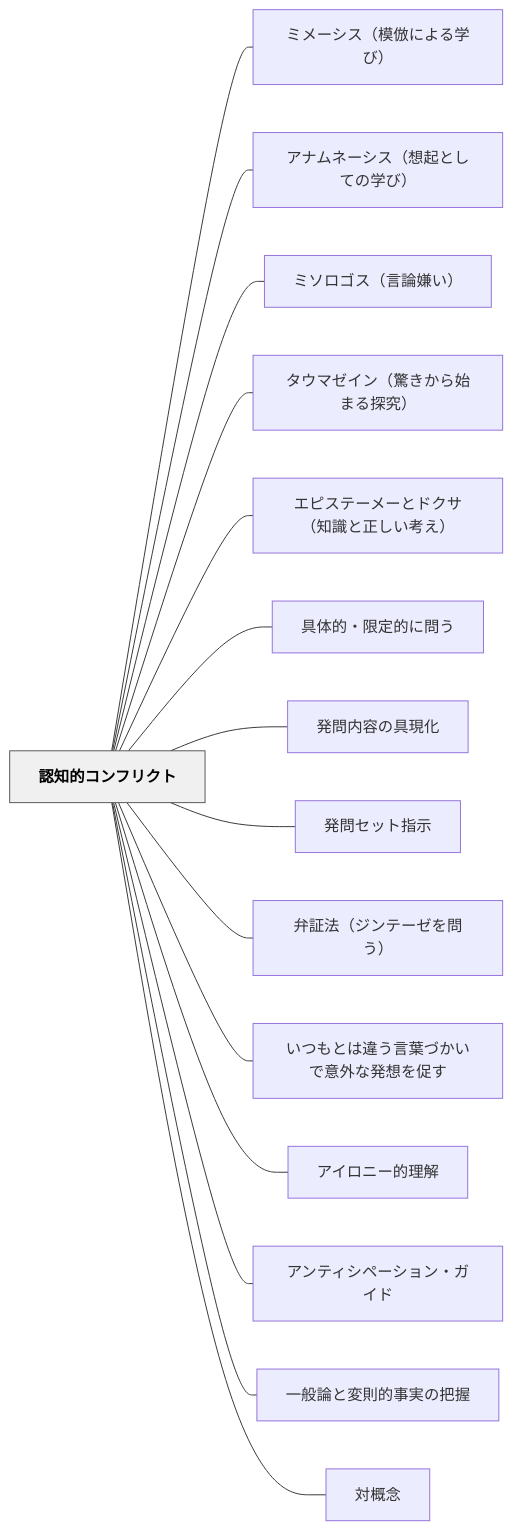
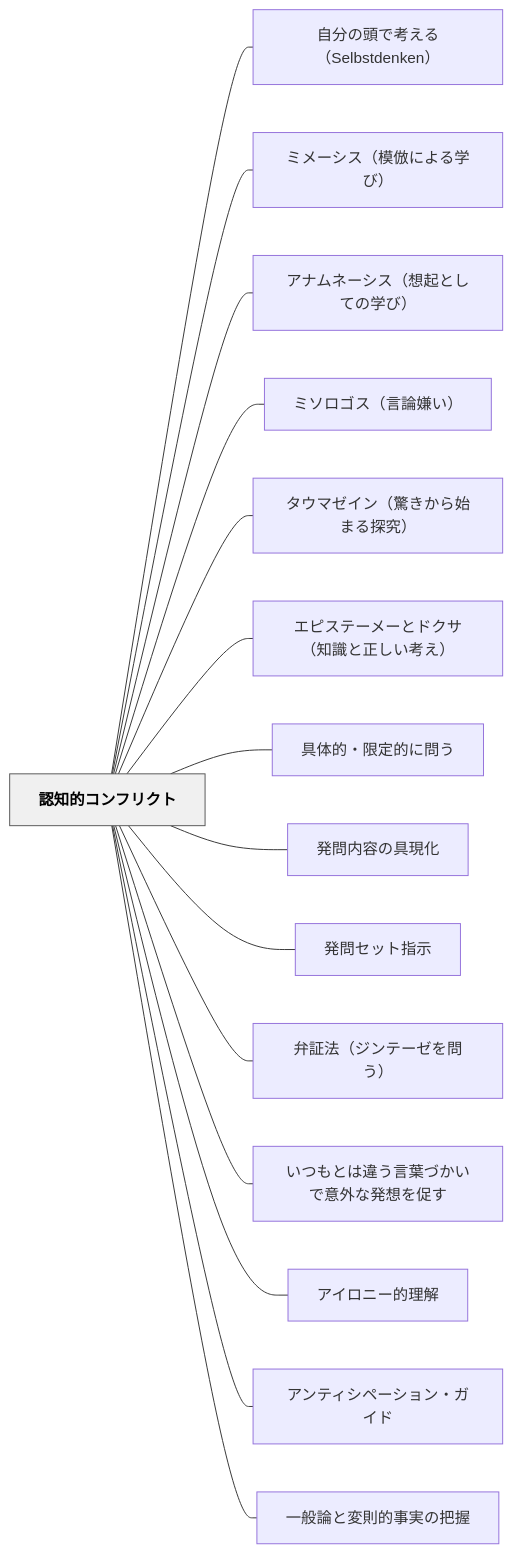
Before and after one commit to unknownthings-ed-patterns/unknownthings-ed-patterns: the diagram in content/パタン/認知的コンフリクト.md, drawn with Mermaid. The commit also changed other lines of this file and 21 other files, not shown here.

````diff
--- a/content/パタン/認知的コンフリクト.md
+++ b/content/パタン/認知的コンフリクト.md
@@ -82,36 +82,36 @@
 ```mermaid
 flowchart LR
     ne8aa8de79fa5e79a84e382b3e383b3e38395e383aae382afe38388["認知的コンフリクト"]
+    ne887aae58886e381aee9a0ade381a7e88083e38188e3828befbc8853656c62737464656e6b656eefbc89["自分の頭で考える（Selbstdenken）"]
     ne3839fe383a1e383bce382b7e382b9efbc88e6a8a1e580a3e381abe38288e3828be5ada6e381b3efbc89["ミメーシス（模倣による学び）"]
     ne382a2e3838ae383a0e3838de383bce382b7e382b9efbc88e683b3e8b5b7e381a8e38197e381a6e381aee5ada6e381b3efbc89["アナムネーシス（想起としての学び）"]
     ne3839fe382bde383ade382b4e382b9efbc88e8a880e8ab96e5ab8ce38184efbc89["ミソロゴス（言論嫌い）"]
     ne382bfe382a6e3839ee382bce382a4e383b3efbc88e9a99ae3818de3818be38289e5a78be381bee3828be68ea2e7a9b6efbc89["タウマゼイン（驚きから始まる探究）"]
     ne382a8e38394e382b9e38386e383bce383a1e383bce381a8e38389e382afe382b5efbc88e79fa5e8ad98e381a8e6ada3e38197e38184e88083e38188efbc89["エピステーメーとドクサ（知識と正しい考え）"]
     ne585b7e4bd93e79a84e383bbe99990e5ae9ae79a84e381abe5958fe38186["具体的・限定的に問う"]
     ne799bae5958fe58685e5aeb9e381aee585b7e78fbee58c96["発問内容の具現化"]
     ne799bae5958fe382bbe38383e38388e68c87e7a4ba["発問セット指示"]
     ne5bc81e8a8bce6b395efbc88e382b8e383b3e38386e383bce382bce38292e5958fe38186efbc89["弁証法（ジンテーゼを問う）"]
     ne38184e381a4e38282e381a8e381afe98195e38186e8a880e89189e381a5e3818be38184e381a7e6848fe5a496e381aae799bae683b3e38292e4bf83e38199["いつもとは違う言葉づかいで意外な発想を促す"]
     ne382a2e382a4e383ade3838be383bce79a84e79086e8a7a3["アイロニー的理解"]
     ne382a2e383b3e38386e382a3e382b7e3839ae383bce382b7e383a7e383b3e383bbe382ace382a4e38389["アンティシペーション・ガイド"]
     ne4b880e888ace8ab96e381a8e5a489e58987e79a84e4ba8be5ae9fe381aee68a8ae68fa1["一般論と変則的事実の把握"]
-    ne5afbee6a682e5bfb5["対概念"]
 
+    ne8aa8de79fa5e79a84e382b3e383b3e38395e383aae382afe38388 --- ne887aae58886e381aee9a0ade381a7e88083e38188e3828befbc8853656c62737464656e6b656eefbc89
     ne8aa8de79fa5e79a84e382b3e383b3e38395e383aae382afe38388 --- ne3839fe383a1e383bce382b7e382b9efbc88e6a8a1e580a3e381abe38288e3828be5ada6e381b3efbc89
     ne8aa8de79fa5e79a84e382b3e383b3e38395e383aae382afe38388 --- ne382a2e3838ae383a0e3838de383bce382b7e382b9efbc88e683b3e8b5b7e381a8e38197e381a6e381aee5ada6e381b3efbc89
     ne8aa8de79fa5e79a84e382b3e383b3e38395e383aae382afe38388 --- ne3839fe382bde383ade382b4e382b9efbc88e8a880e8ab96e5ab8ce38184efbc89
     ne8aa8de79fa5e79a84e382b3e383b3e38395e383aae382afe38388 --- ne382bfe382a6e3839ee382bce382a4e383b3efbc88e9a99ae3818de3818be38289e5a78be381bee3828be68ea2e7a9b6efbc89
     ne8aa8de79fa5e79a84e382b3e383b3e38395e383aae382afe38388 --- ne382a8e38394e382b9e38386e383bce383a1e383bce381a8e38389e382afe382b5efbc88e79fa5e8ad98e381a8e6ada3e38197e38184e88083e38188efbc89
     ne8aa8de79fa5e79a84e382b3e383b3e38395e383aae382afe38388 --- ne585b7e4bd93e79a84e383bbe99990e5ae9ae79a84e381abe5958fe38186
     ne8aa8de79fa5e79a84e382b3e383b3e38395e383aae382afe38388 --- ne799bae5958fe58685e5aeb9e381aee585b7e78fbee58c96
     ne8aa8de79fa5e79a84e382b3e383b3e38395e383aae382afe38388 --- ne799bae5958fe382bbe38383e38388e68c87e7a4ba
     ne8aa8de79fa5e79a84e382b3e383b3e38395e383aae382afe38388 --- ne5bc81e8a8bce6b395efbc88e382b8e383b3e38386e383bce382bce38292e5958fe38186efbc89
     ne8aa8de79fa5e79a84e382b3e383b3e38395e383aae382afe38388 --- ne38184e381a4e38282e381a8e381afe98195e38186e8a880e89189e381a5e3818be38184e381a7e6848fe5a496e381aae799bae683b3e38292e4bf83e38199
     ne8aa8de79fa5e79a84e382b3e383b3e38395e383aae382afe38388 --- ne382a2e382a4e383ade3838be383bce79a84e79086e8a7a3
     ne8aa8de79fa5e79a84e382b3e383b3e38395e383aae382afe38388 --- ne382a2e383b3e38386e382a3e382b7e3839ae383bce382b7e383a7e383b3e383bbe382ace382a4e38389
     ne8aa8de79fa5e79a84e382b3e383b3e38395e383aae382afe38388 --- ne4b880e888ace8ab96e381a8e5a489e58987e79a84e4ba8be5ae9fe381aee68a8ae68fa1
-    ne8aa8de79fa5e79a84e382b3e383b3e38395e383aae382afe38388 --- ne5afbee6a682e5bfb5
 
     classDef hub fill:#f0f0f0,stroke:#555,color:#000,font-weight:bold
     class ne8aa8de79fa5e79a84e382b3e383b3e38395e383aae382afe38388 hub
 ```
````
